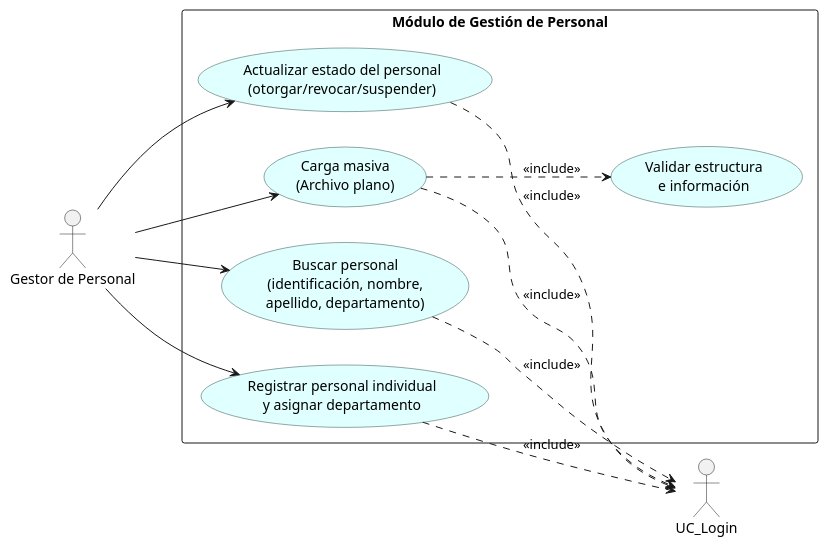
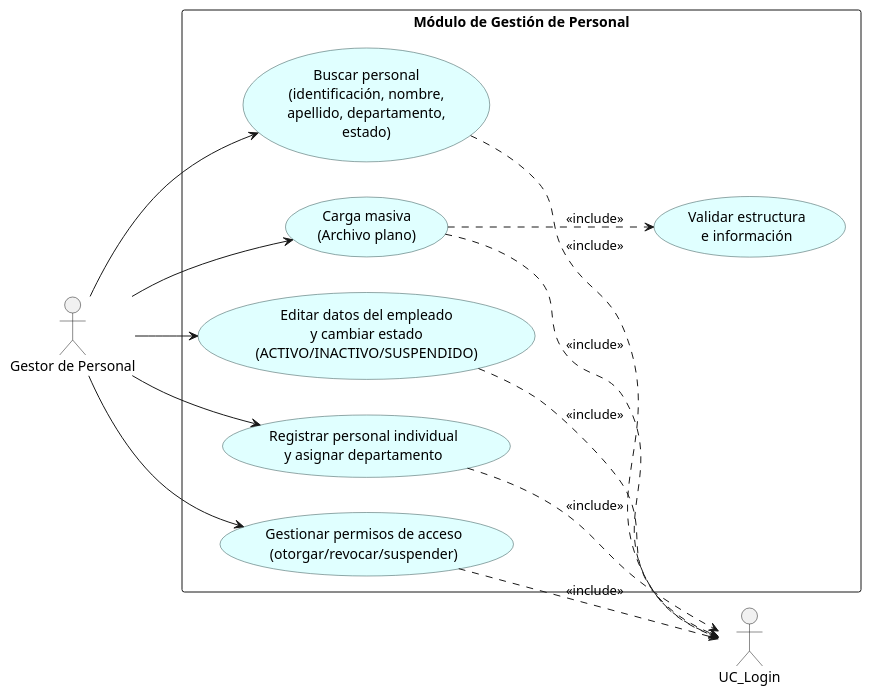
Before and after one commit to ElianMMCode/Zone-Control: the diagram in docs/diagramas/casos_uso/04_modulo_gestion_personal.puml, drawn with PlantUML. The commit also changed 22 other files, not shown here.

```diff
--- a/docs/diagramas/casos_uso/04_modulo_gestion_personal.puml
+++ b/docs/diagramas/casos_uso/04_modulo_gestion_personal.puml
@@ -1,30 +1,33 @@
 @startuml
 skinparam usecase {
     BackgroundColor LightCyan
     BorderColor DarkSlateGray
 }
 skinparam packageStyle rectangle
 left to right direction
 
 actor "Gestor de Personal" as Gestor
 
 package "Módulo de Gestión de Personal" {
     usecase "Registrar personal individual\ny asignar departamento" as UC_Gest1
     usecase "Carga masiva\n(Archivo plano)" as UC_Gest2
     usecase "Validar estructura\ne información" as UC_Gest3
-    usecase "Actualizar estado del personal\n(otorgar/revocar/suspender)" as UC_Gest4
-    usecase "Buscar personal\n(identificación, nombre,\napellido, departamento)" as UC_Gest5
+    usecase "Gestionar permisos de acceso\n(otorgar/revocar/suspender)" as UC_Gest4
+    usecase "Buscar personal\n(identificación, nombre,\napellido, departamento,\nestado)" as UC_Gest5
+    usecase "Editar datos del empleado\ny cambiar estado\n(ACTIVO/INACTIVO/SUSPENDIDO)" as UC_Gest6
 
     UC_Gest2 ..> UC_Gest3 : <<include>>
 }
 
 Gestor --> UC_Gest1
 Gestor --> UC_Gest2
 Gestor --> UC_Gest4
 Gestor --> UC_Gest5
+Gestor --> UC_Gest6
 UC_Gest1 ..> UC_Login : <<include>>
 UC_Gest2 ..> UC_Login : <<include>>
 UC_Gest4 ..> UC_Login : <<include>>
 UC_Gest5 ..> UC_Login : <<include>>
+UC_Gest6 ..> UC_Login : <<include>>
 
 @enduml
```
